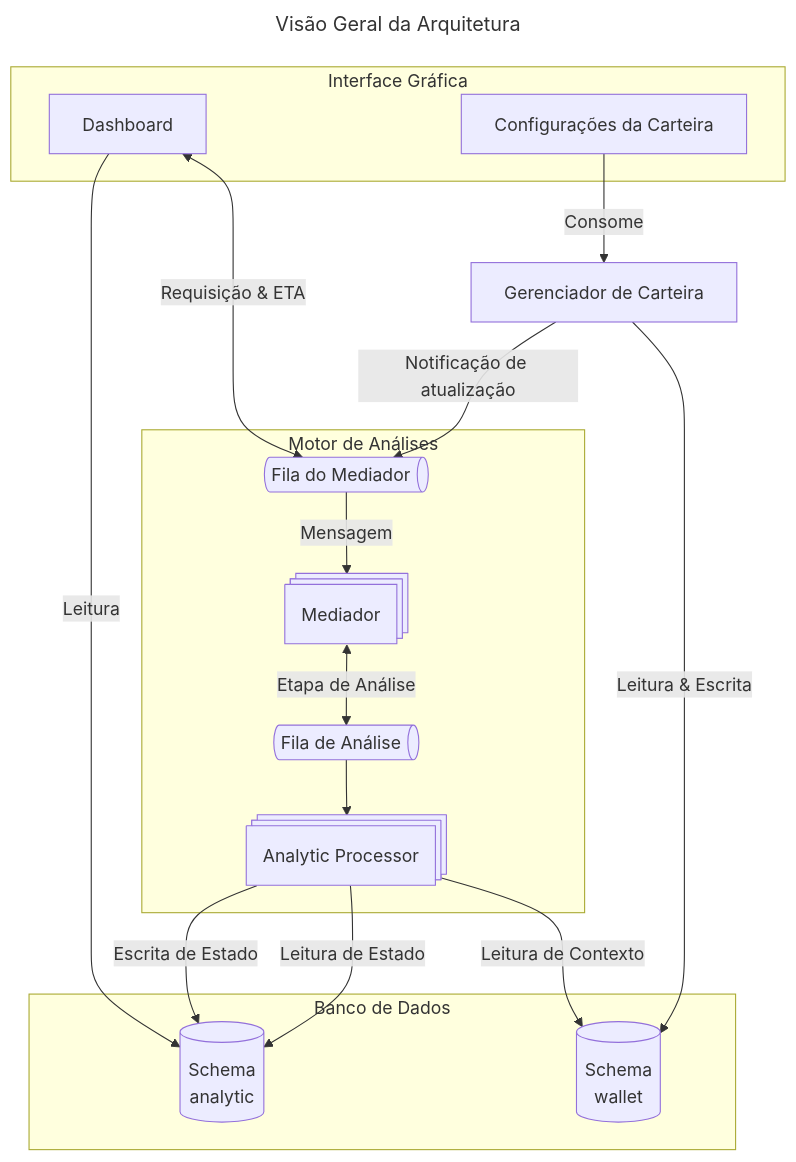
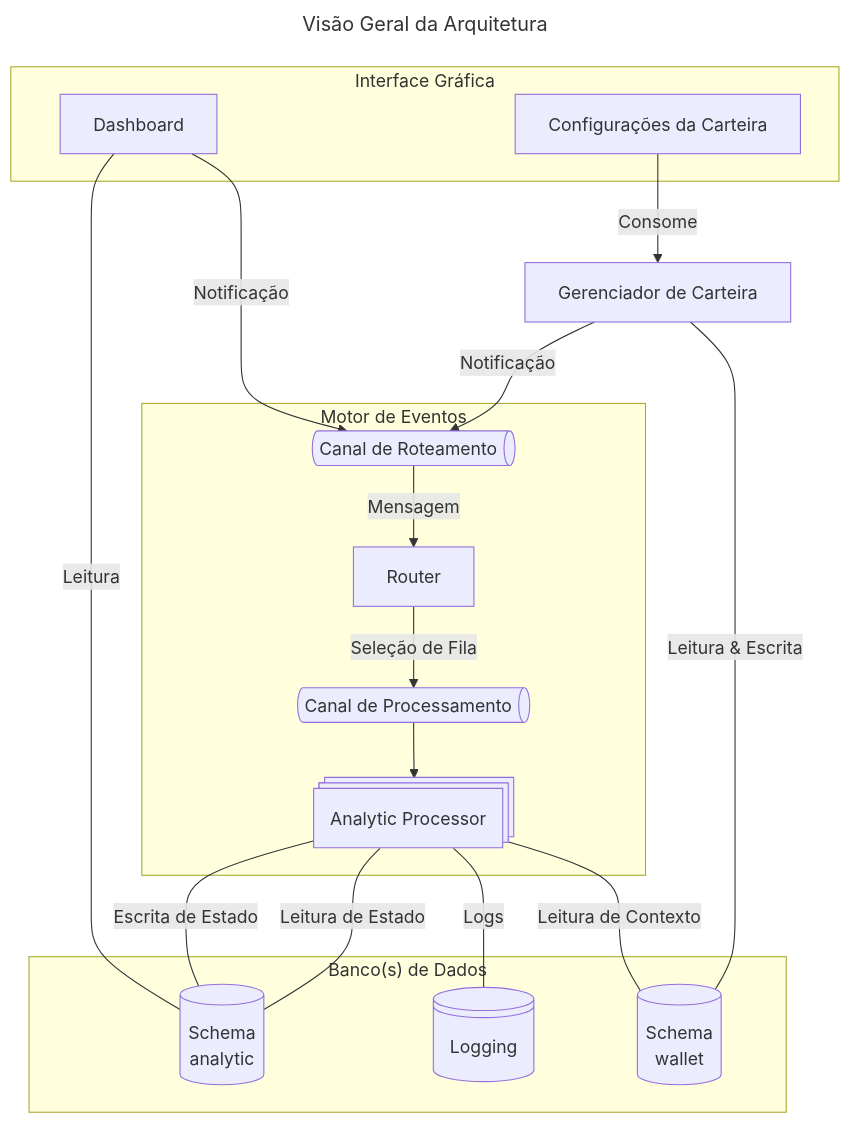
Before and after one commit to moesio-f/invest-earnings-dashboard: the diagram in docs/architecture.md, drawn with Mermaid. The commit also changed other lines of this file, not shown here.

Commit message:
docs: update architecture

````diff
--- a/docs/architecture.md
+++ b/docs/architecture.md
@@ -66,36 +67,38 @@
 ```mermaid
 ---
 title: Visão Geral da Arquitetura
 ---
 flowchart TD
-    subgraph Banco de Dados
+    subgraph "Banco(s) de Dados"
         wallet_db[("<p>Schema</p>wallet")]
         analytic_db[("<p>Schema</p>analytic")]
+        logging_db@{shape: lin-cyl, label: "Logging"}
     end
     wallet_api[Gerenciador de Carteira]
 
     subgraph Interface Gráfica
         dashboard[Dashboard]
         settings_ui[Configurações da Carteira]
     end
 
-    subgraph Motor de Análises
-        mediator_channel@{shape: das, label: "Fila do Mediador"}
-        analytic_channel@{shape: das, label: "Fila de Análise"}
-        mediator@{shape: procs, label: "Mediador"}
+    subgraph Motor de Eventos
+        router_channel@{shape: das, label: "Canal de Roteamento"}
+        processor_channel@{shape: das, label: "Canal de Processamento"}
+        router[Router]
         processor@{shape: procs, label: "Analytic Processor"}
 
-        mediator_channel -->|Mensagem| mediator
-        mediator <-->|Etapa de Análise| analytic_channel
-        analytic_channel --> processor
+        router_channel -->|Mensagem| router
+        router -->|Seleção de Fila| processor_channel
+        processor_channel --> processor
     end
 
     settings_ui -->|Consome| wallet_api
-    wallet_api -->|Leitura & Escrita| wallet_db
-    wallet_api -->|Notificação de atualização| mediator_channel
-    dashboard <-->|Requisição & ETA| mediator_channel
-    dashboard -->|Leitura| analytic_db
-    processor -->|Leitura de Contexto| wallet_db
-    processor -->|Leitura de Estado| analytic_db
-    processor -->|Escrita de Estado| analytic_db
+    wallet_api ---|Leitura & Escrita| wallet_db
+    wallet_api -->|Notificação| router_channel
+    dashboard -->|Notificação| router_channel
+    dashboard ---|Leitura| analytic_db
+    processor ---|Leitura de Contexto| wallet_db
+    processor ---|Logs| logging_db
+    processor ---|Leitura de Estado| analytic_db
+    processor ---|Escrita de Estado| analytic_db
 ```
````
